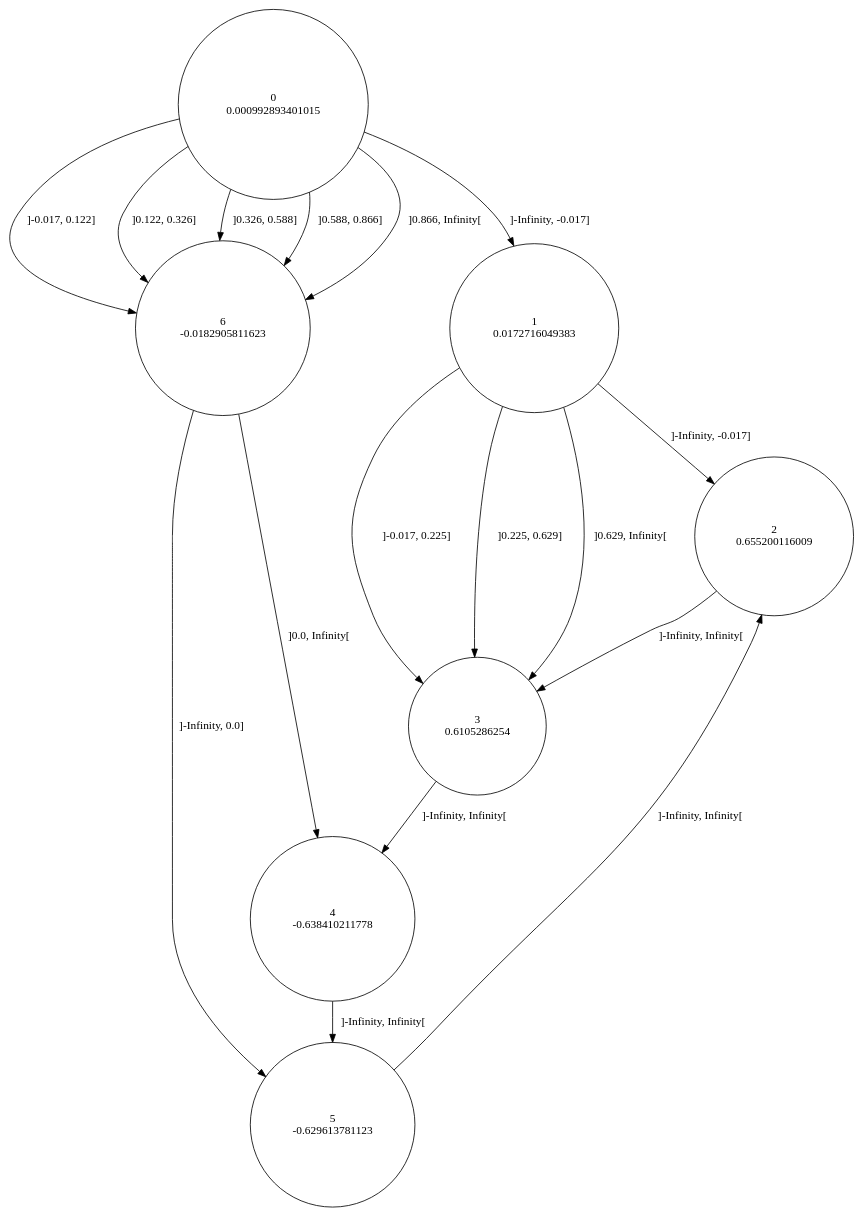
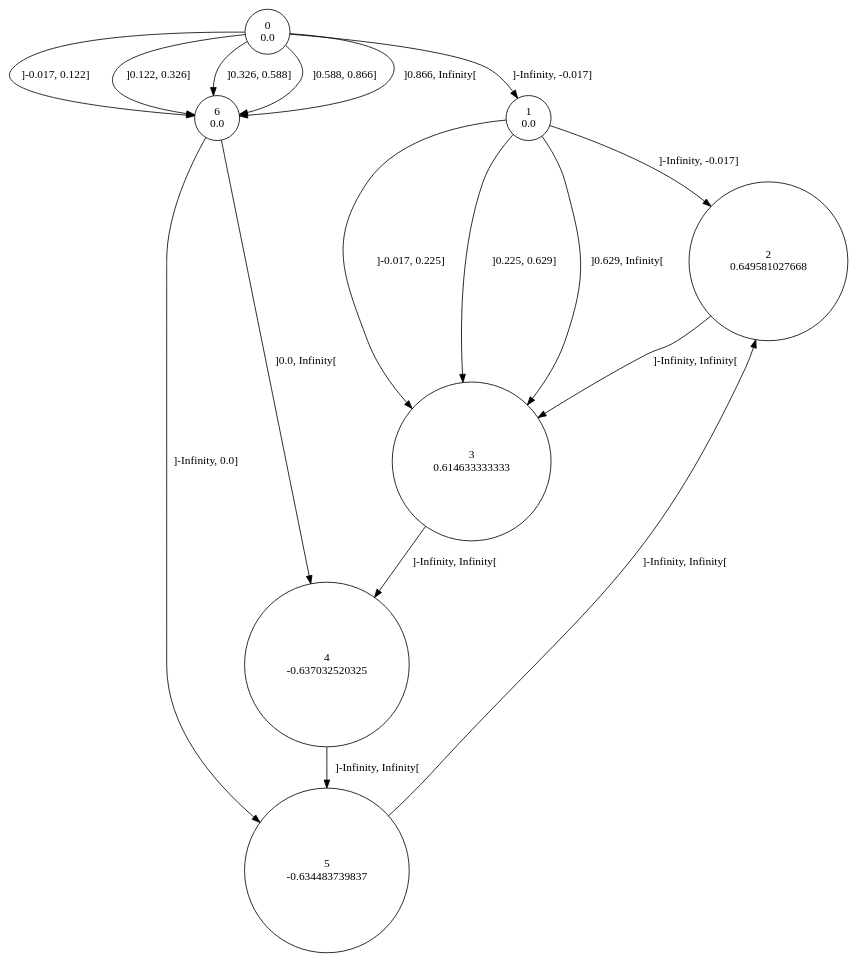
One commit to gllpellegrino/RAI_experiments changed the diagram in sinus/data/1/rtitm.dot. Above: the diagram before and after it, drawn with Graphviz. The commit also changed 148 other files, not shown here.

```diff
--- a/sinus/data/1/rtitm.dot
+++ b/sinus/data/1/rtitm.dot
@@ -1,25 +1,25 @@
 digraph a {
-0 [shape=circle, label="0\n0.000992893401015"];
+0 [shape=circle, label="0\n0.0"];
 	0 -> 1 [label="]-Infinity, -0.017]"];
 	0 -> 6 [label="]-0.017, 0.122]"];
 	0 -> 6 [label="]0.122, 0.326]"];
 	0 -> 6 [label="]0.326, 0.588]"];
 	0 -> 6 [label="]0.588, 0.866]"];
 	0 -> 6 [label="]0.866, Infinity["];
-1 [shape=circle, label="1\n0.0172716049383"];
+1 [shape=circle, label="1\n0.0"];
 	1 -> 2 [label="]-Infinity, -0.017]"];
 	1 -> 3 [label="]-0.017, 0.225]"];
 	1 -> 3 [label="]0.225, 0.629]"];
 	1 -> 3 [label="]0.629, Infinity["];
-2 [shape=circle, label="2\n0.655200116009"];
+2 [shape=circle, label="2\n0.649581027668"];
 	2 -> 3 [label="]-Infinity, Infinity["];
-3 [shape=circle, label="3\n0.6105286254"];
+3 [shape=circle, label="3\n0.614633333333"];
 	3 -> 4 [label="]-Infinity, Infinity["];
-4 [shape=circle, label="4\n-0.638410211778"];
+4 [shape=circle, label="4\n-0.637032520325"];
 	4 -> 5 [label="]-Infinity, Infinity["];
-5 [shape=circle, label="5\n-0.629613781123"];
+5 [shape=circle, label="5\n-0.634483739837"];
 	5 -> 2 [label="]-Infinity, Infinity["];
-6 [shape=circle, label="6\n-0.0182905811623"];
+6 [shape=circle, label="6\n0.0"];
 	6 -> 5 [label="]-Infinity, 0.0]"];
 	6 -> 4 [label="]0.0, Infinity["];
 }
```
